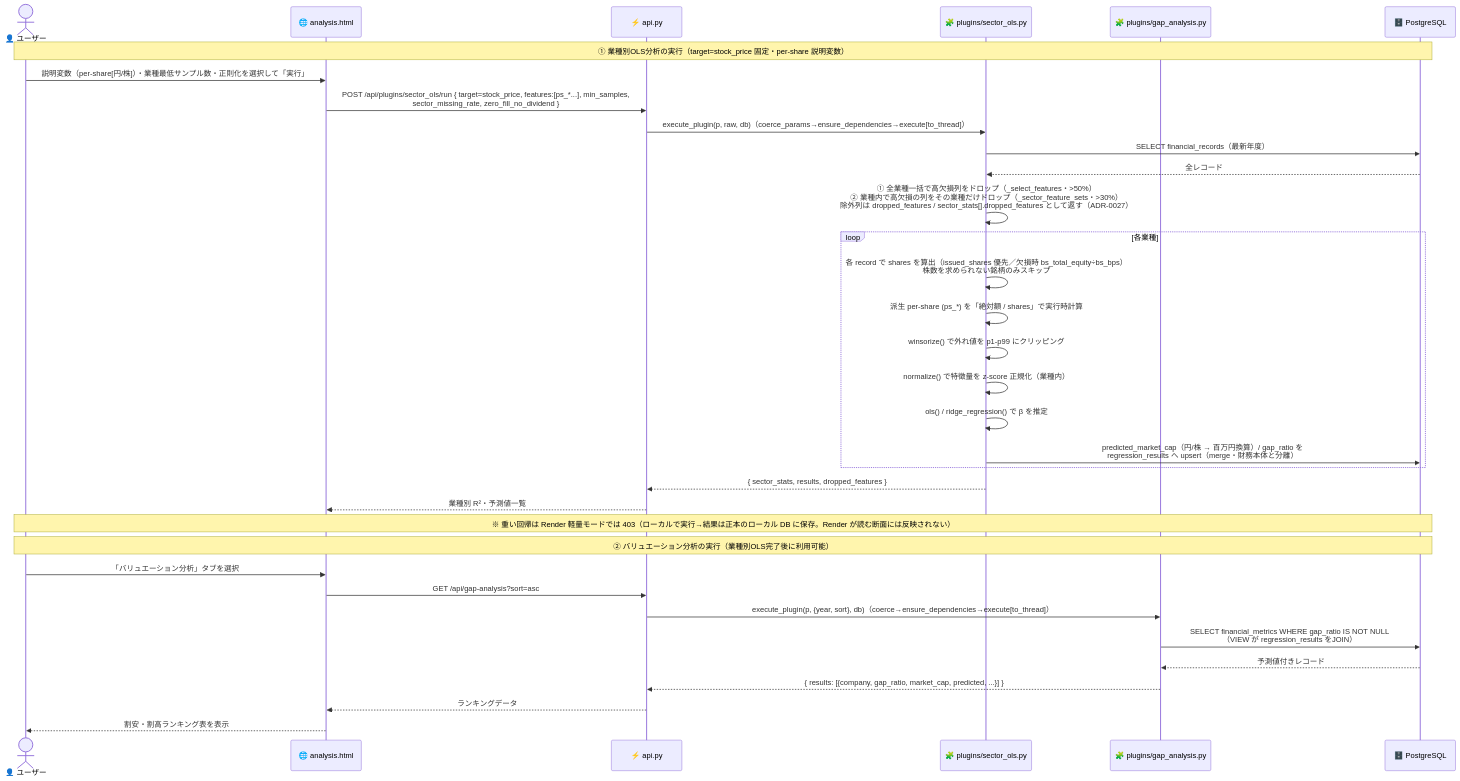
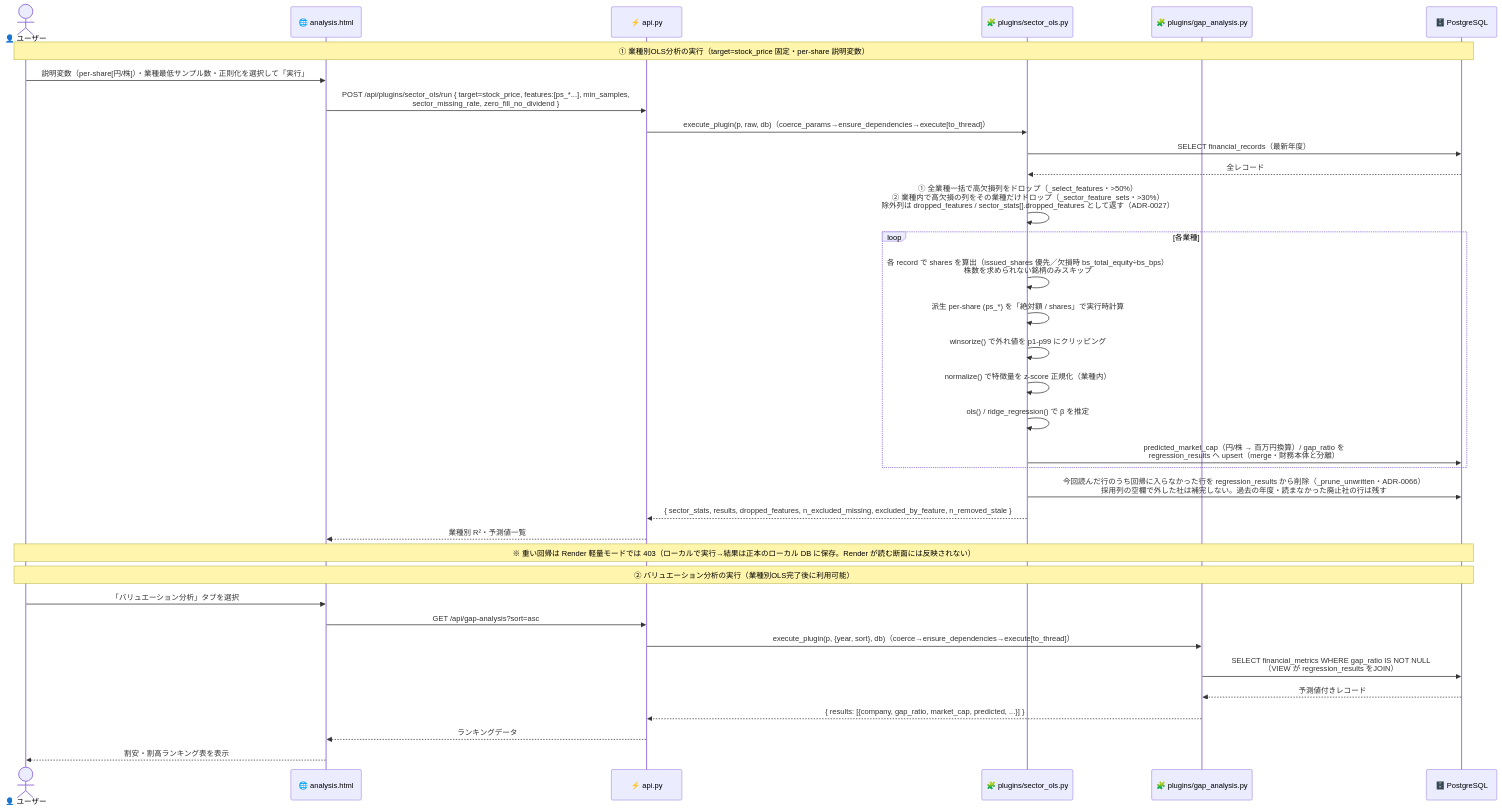
One commit to kome-kome/financial_app changed the sixth of 12 diagrams in docs/ARCHITECTURE.md. Above: the diagram before and after it, drawn with Mermaid. The commit also changed other lines of this file and 13 other files, not shown here.

````diff
--- a/docs/ARCHITECTURE.md
+++ b/docs/ARCHITECTURE.md
@@ -915,42 +917,43 @@
 ```mermaid
 sequenceDiagram
     actor       User  as 👤 ユーザー
     participant UI    as 🌐 analysis.html
     participant API   as ⚡ api.py
     participant PLG   as 🧩 plugins/sector_ols.py
     participant GAP   as 🧩 plugins/gap_analysis.py
     participant DB    as 🗄️ PostgreSQL
 
     Note over User,DB: ① 業種別OLS分析の実行（target=stock_price 固定・per-share 説明変数）
     User ->> UI  : 説明変数（per-share[円/株]）・業種最低サンプル数・正則化を選択して「実行」
     UI   ->> API : POST /api/plugins/sector_ols/run { target=stock_price, features:[ps_*...], min_samples,<br/>sector_missing_rate, zero_fill_no_dividend }
     API  ->> PLG : execute_plugin(p, raw, db)（coerce_params→ensure_dependencies→execute[to_thread]）
 
     PLG  ->> DB  : SELECT financial_records（最新年度）
     DB  -->> PLG : 全レコード
 
     PLG  ->> PLG : ① 全業種一括で高欠損列をドロップ（_select_features・>50%）<br/>② 業種内で高欠損の列をその業種だけドロップ（_sector_feature_sets・>30%）<br/>除外列は dropped_features / sector_stats[].dropped_features として返す（ADR-0027）
     loop 各業種
         PLG  ->> PLG : 各 record で shares を算出（issued_shares 優先／欠損時 bs_total_equity÷bs_bps）<br/>株数を求められない銘柄のみスキップ
         PLG  ->> PLG : 派生 per-share (ps_*) を「絶対額 / shares」で実行時計算
         PLG  ->> PLG : winsorize() で外れ値を p1-p99 にクリッピング
         PLG  ->> PLG : normalize() で特徴量を z-score 正規化（業種内）
         PLG  ->> PLG : ols() / ridge_regression() で β を推定
         PLG  ->> DB  : predicted_market_cap（円/株 → 百万円換算）/ gap_ratio を<br/>regression_results へ upsert（merge・財務本体と分離）
     end
+    PLG  ->> DB  : 今回読んだ行のうち回帰に入らなかった行を regression_results から削除（_prune_unwritten・ADR-0066）<br/>採用列の空欄で外した社は補完しない。過去の年度・読まなかった廃止社の行は残す
 
-    PLG -->> API : { sector_stats, results, dropped_features }
+    PLG -->> API : { sector_stats, results, dropped_features, n_excluded_missing, excluded_by_feature, n_removed_stale }
     API -->> UI  : 業種別 R²・予測値一覧
 
     Note over User,DB: ※ 重い回帰は Render 軽量モードでは 403（ローカルで実行→結果は正本のローカル DB に保存。Render が読む断面には反映されない）
 
     Note over User,DB: ② バリュエーション分析の実行（業種別OLS完了後に利用可能）
     User ->> UI  : 「バリュエーション分析」タブを選択
     UI   ->> API : GET /api/gap-analysis?sort=asc
     API  ->> GAP : execute_plugin(p, {year, sort}, db)（coerce→ensure_dependencies→execute[to_thread]）
     GAP  ->> DB  : SELECT financial_metrics WHERE gap_ratio IS NOT NULL<br/>（VIEW が regression_results をJOIN）
     DB  -->> GAP : 予測値付きレコード
     GAP -->> API : { results: [{company, gap_ratio, market_cap, predicted, ...}] }
     API -->> UI  : ランキングデータ
     UI  -->> User: 割安・割高ランキング表を表示
 ```
````
